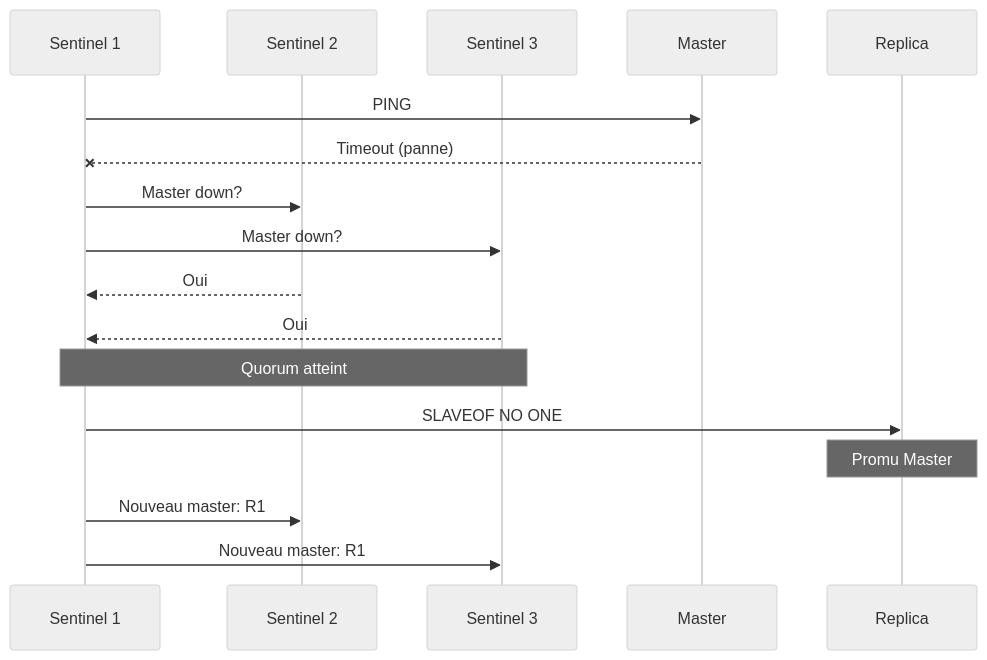
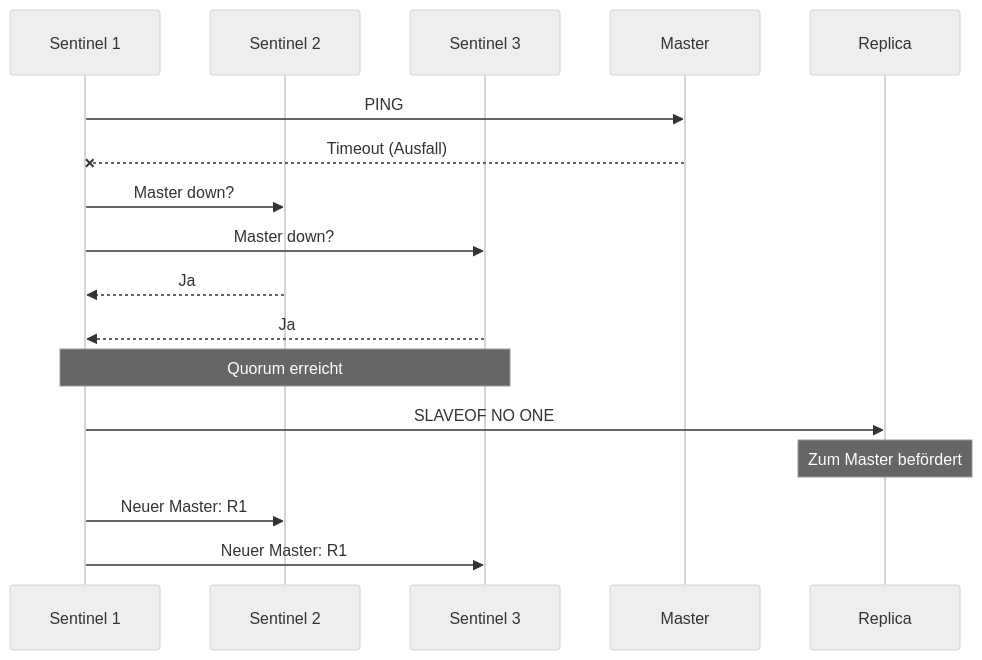
One commit to HidoraSwiss/hikube-public-doc changed the second of 2 diagrams in i18n/de/docusaurus-plugin-content-docs/current/services/databases/redis/concepts.md. Above: the diagram before and after it, drawn with Mermaid (neutral theme). The commit also changed other lines of this file and 121 other files, not shown here.

````diff
--- a/i18n/de/docusaurus-plugin-content-docs/current/services/databases/redis/concepts.md
+++ b/i18n/de/docusaurus-plugin-content-docs/current/services/databases/redis/concepts.md
@@ -86,20 +86,20 @@
 ```mermaid
 sequenceDiagram
     participant S1 as Sentinel 1
     participant S2 as Sentinel 2
     participant S3 as Sentinel 3
     participant M as Master
     participant R1 as Replica
 
     S1->>M: PING
-    M--xS1: Timeout (panne)
+    M--xS1: Timeout (Ausfall)
     S1->>S2: Master down?
     S1->>S3: Master down?
-    S2-->>S1: Oui
-    S3-->>S1: Oui
-    Note over S1,S3: Quorum atteint
+    S2-->>S1: Ja
+    S3-->>S1: Ja
+    Note over S1,S3: Quorum erreicht
     S1->>R1: SLAVEOF NO ONE
-    Note over R1: Promu Master
-    S1->>S2: Nouveau master: R1
-    S1->>S3: Nouveau master: R1
+    Note over R1: Zum Master befördert
+    S1->>S2: Neuer Master: R1
+    S1->>S3: Neuer Master: R1
 ```
````
